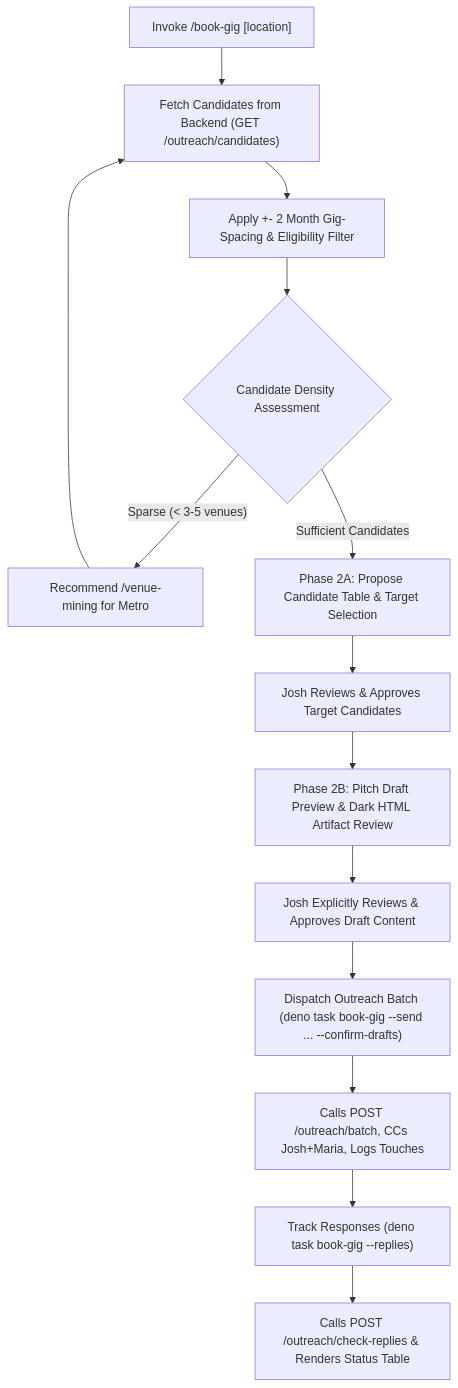
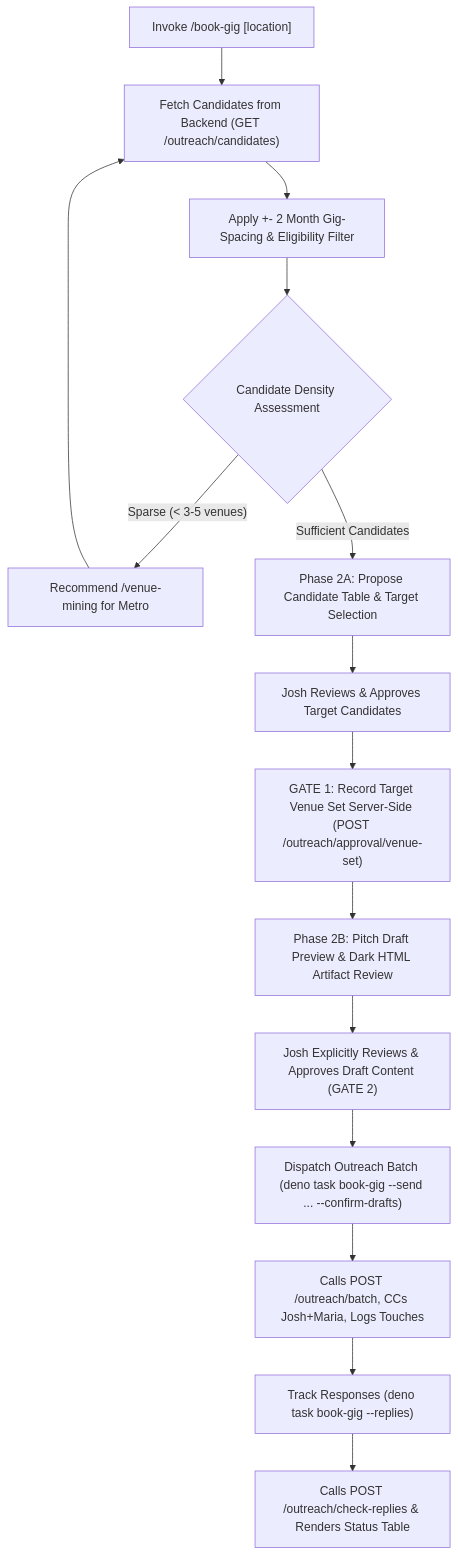
Before and after one commit to WebJamApps/web-jam-tools: the diagram in skills/book-gig/SKILL.md, drawn with Mermaid. The commit also changed other lines of this file and 7 other files, not shown here.

Commit message:
feat(book-gig): record Gate 1 venue-set approval when candidate list is approved (#947)

````diff
--- a/skills/book-gig/SKILL.md
+++ b/skills/book-gig/SKILL.md
@@ -41,16 +44,17 @@
 ```mermaid
 graph TD
     A["Invoke /book-gig <weekend> [location]"] --> B["Fetch Candidates from Backend (GET /outreach/candidates)"]
     B --> C["Apply +- 2 Month Gig-Spacing & Eligibility Filter"]
     C --> D{"Candidate Density Assessment"}
     D -- "Sparse (< 3-5 venues)" --> E["Recommend /venue-mining for Metro"]
     E --> B
     D -- "Sufficient Candidates" --> F["Phase 2A: Propose Candidate Table & Target Selection"]
     F --> G["Josh Reviews & Approves Target Candidates"]
-    G --> H["Phase 2B: Pitch Draft Preview & Dark HTML Artifact Review"]
-    H --> I["Josh Explicitly Reviews & Approves Draft Content"]
+    G --> G1["GATE 1: Record Target Venue Set Server-Side (POST /outreach/approval/venue-set)"]
+    G1 --> H["Phase 2B: Pitch Draft Preview & Dark HTML Artifact Review"]
+    H --> I["Josh Explicitly Reviews & Approves Draft Content (GATE 2)"]
     I --> J["Dispatch Outreach Batch (deno task book-gig --send ... --confirm-drafts)"]
     J --> K["Calls POST /outreach/batch, CCs Josh+Maria, Logs Touches"]
     K --> L["Track Responses (deno task book-gig --replies)"]
     L --> M["Calls POST /outreach/check-replies & Renders Status Table"]
 ```
````
